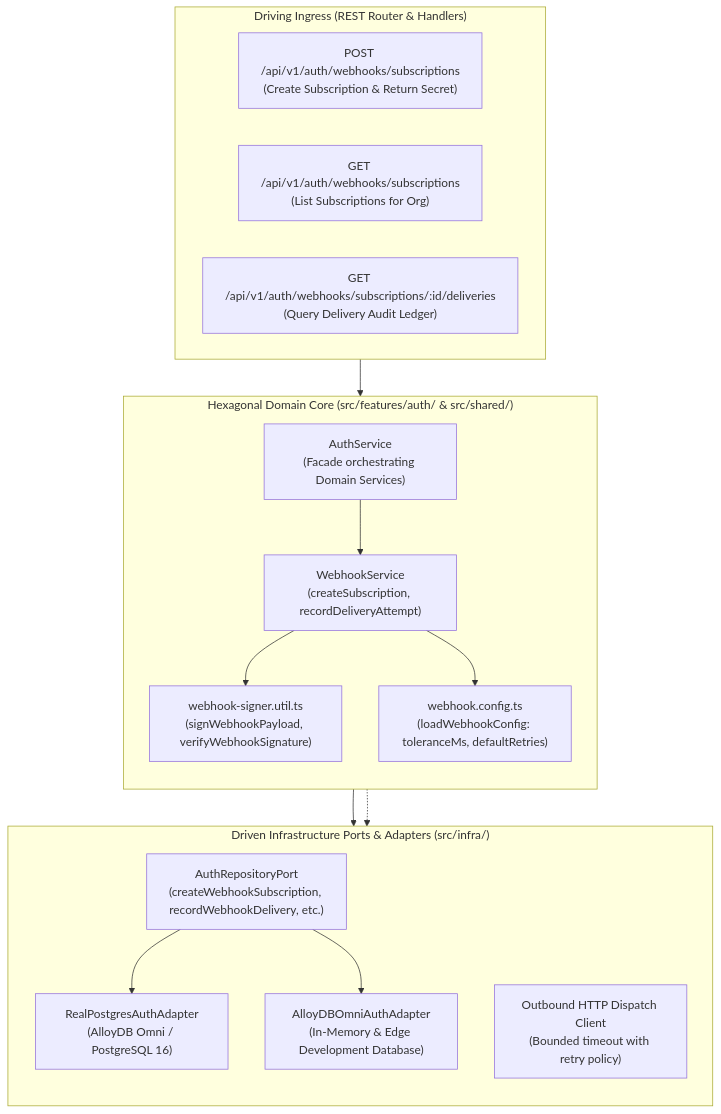
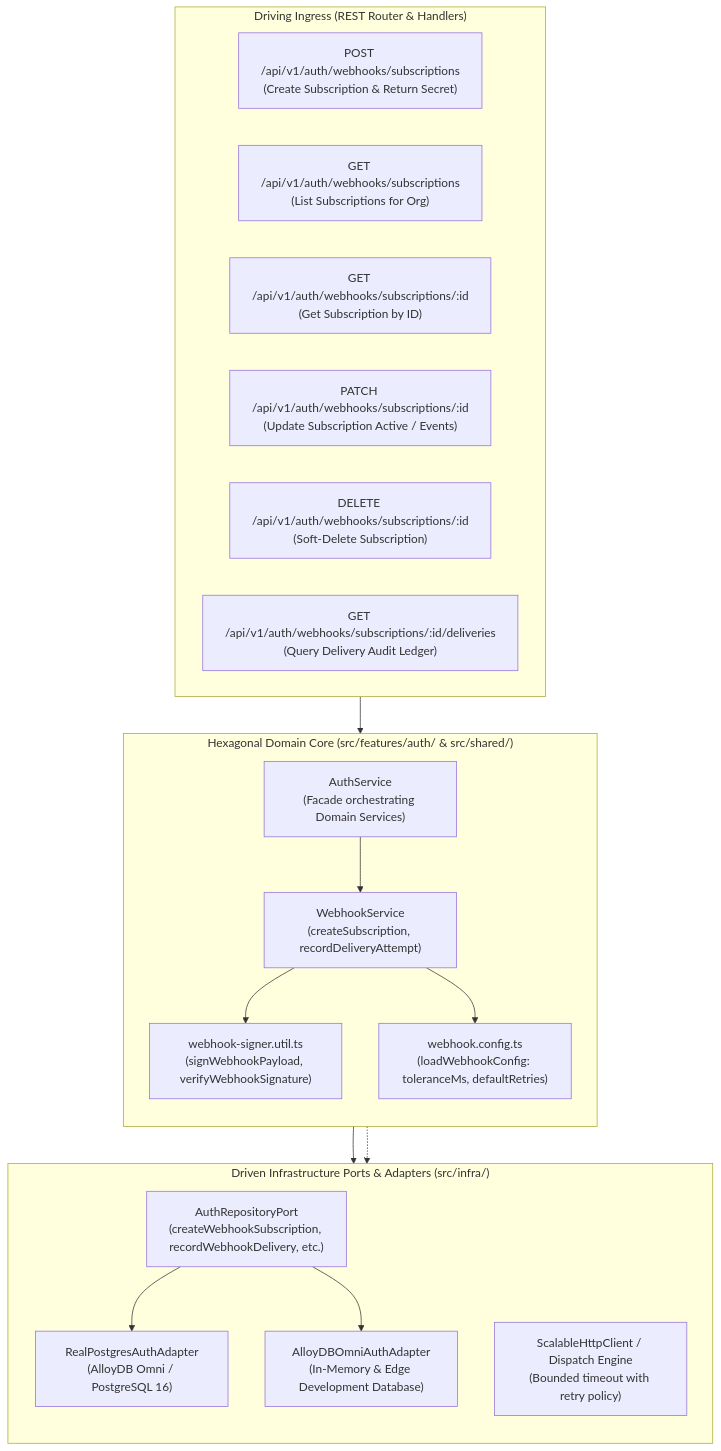
One commit to Scaibu/auth changed the second of 10 diagrams in adr/0033-webhook-cryptographic-signatures-and-anti-replay-nonces.md. Above: the diagram before and after it, drawn with Mermaid. The commit also changed other lines of this file and 8 other files, not shown here.

````diff
--- a/adr/0033-webhook-cryptographic-signatures-and-anti-replay-nonces.md
+++ b/adr/0033-webhook-cryptographic-signatures-and-anti-replay-nonces.md
@@ -104,33 +168,36 @@
 ```mermaid
 graph TD
     subgraph IngressDrivingPorts ["Driving Ingress (REST Router & Handlers)"]
         H1["POST /api/v1/auth/webhooks/subscriptions<br/>(Create Subscription & Return Secret)"]
         H2["GET /api/v1/auth/webhooks/subscriptions<br/>(List Subscriptions for Org)"]
-        H3["GET /api/v1/auth/webhooks/subscriptions/:id/deliveries<br/>(Query Delivery Audit Ledger)"]
+        H3["GET /api/v1/auth/webhooks/subscriptions/:id<br/>(Get Subscription by ID)"]
+        H4["PATCH /api/v1/auth/webhooks/subscriptions/:id<br/>(Update Subscription Active / Events)"]
+        H5["DELETE /api/v1/auth/webhooks/subscriptions/:id<br/>(Soft-Delete Subscription)"]
+        H6["GET /api/v1/auth/webhooks/subscriptions/:id/deliveries<br/>(Query Delivery Audit Ledger)"]
     end
 
     subgraph HexagonalCore ["Hexagonal Domain Core (src/features/auth/ & src/shared/)"]
         direction TB
         WBSVC["WebhookService<br/>(createSubscription, recordDeliveryAttempt)"]
         AUTHSVC["AuthService<br/>(Facade orchestrating Domain Services)"]
         SIGNER["webhook-signer.util.ts<br/>(signWebhookPayload, verifyWebhookSignature)"]
         CONFIG["webhook.config.ts<br/>(loadWebhookConfig: toleranceMs, defaultRetries)"]
     end
 
     subgraph DrivenPorts ["Driven Infrastructure Ports & Adapters (src/infra/)"]
         direction TB
         PORT["AuthRepositoryPort<br/>(createWebhookSubscription, recordWebhookDelivery, etc.)"]
         REAL["RealPostgresAuthAdapter<br/>(AlloyDB Omni / PostgreSQL 16)"]
         MOCK["AlloyDBOmniAuthAdapter<br/>(In-Memory & Edge Development Database)"]
-        HTTP["Outbound HTTP Dispatch Client<br/>(Bounded timeout with retry policy)"]
+        HTTP["ScalableHttpClient / Dispatch Engine<br/>(Bounded timeout with retry policy)"]
     end
 
     IngressDrivingPorts --> AUTHSVC
     AUTHSVC --> WBSVC
     WBSVC --> SIGNER
     WBSVC --> CONFIG
     WBSVC --> PORT
     PORT --> REAL
     PORT --> MOCK
     WBSVC -.-> HTTP
 ```
````
